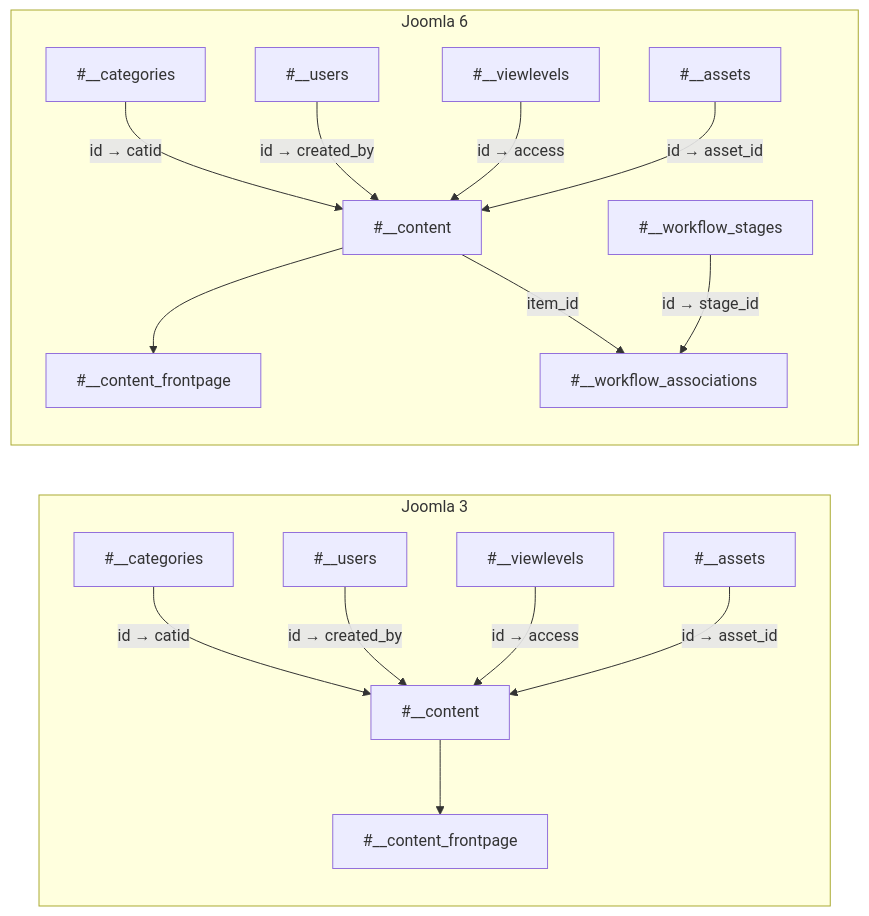
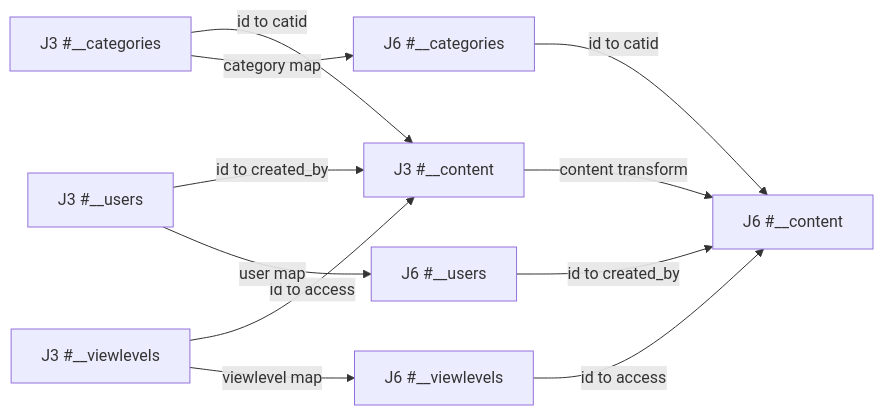
The fifth of 15 diagrams in docs/joomla/learning/database/joomla3-vs-joomla6-erd-gap-diagrams.md (duyduyly/php-notebook), drawn with Mermaid before and after one commit. The commit also changed other lines of this file, not shown here.

Commit message:
docs: fix Mermaid ERD gaps and add side-by-side table comparisons

````diff
--- a/docs/joomla/learning/database/joomla3-vs-joomla6-erd-gap-diagrams.md
+++ b/docs/joomla/learning/database/joomla3-vs-joomla6-erd-gap-diagrams.md
@@ -200,20 +278,15 @@
 ```mermaid
 flowchart LR
-    subgraph J3["Joomla 3"]
-        J3CAT["#__categories"] -->|id → catid| J3ART["#__content"]
-        J3USER["#__users"] -->|id → created_by| J3ART
-        J3VIEW["#__viewlevels"] -->|id → access| J3ART
-        J3ASSET["#__assets"] -->|id → asset_id| J3ART
-        J3ART --> J3FEATURED["#__content_frontpage"]
-    end
+    J3CAT["J3 #__categories"] -->|id to catid| J3ART["J3 #__content"]
+    J3USER["J3 #__users"] -->|id to created_by| J3ART
+    J3VIEW["J3 #__viewlevels"] -->|id to access| J3ART
 
-    subgraph J6["Joomla 6"]
-        J6CAT["#__categories"] -->|id → catid| J6ART["#__content"]
-        J6USER["#__users"] -->|id → created_by| J6ART
-        J6VIEW["#__viewlevels"] -->|id → access| J6ART
-        J6ASSET["#__assets"] -->|id → asset_id| J6ART
-        J6ART --> J6FEATURED["#__content_frontpage"]
-        J6ART -->|item_id| WFASSOC["#__workflow_associations"]
-        WFSTAGE["#__workflow_stages"] -->|id → stage_id| WFASSOC
-    end
+    J3CAT -->|category map| J6CAT["J6 #__categories"]
+    J3USER -->|user map| J6USER["J6 #__users"]
+    J3VIEW -->|viewlevel map| J6VIEW["J6 #__viewlevels"]
+    J3ART -->|content transform| J6ART["J6 #__content"]
+
+    J6CAT -->|id to catid| J6ART
+    J6USER -->|id to created_by| J6ART
+    J6VIEW -->|id to access| J6ART
 ```
````
